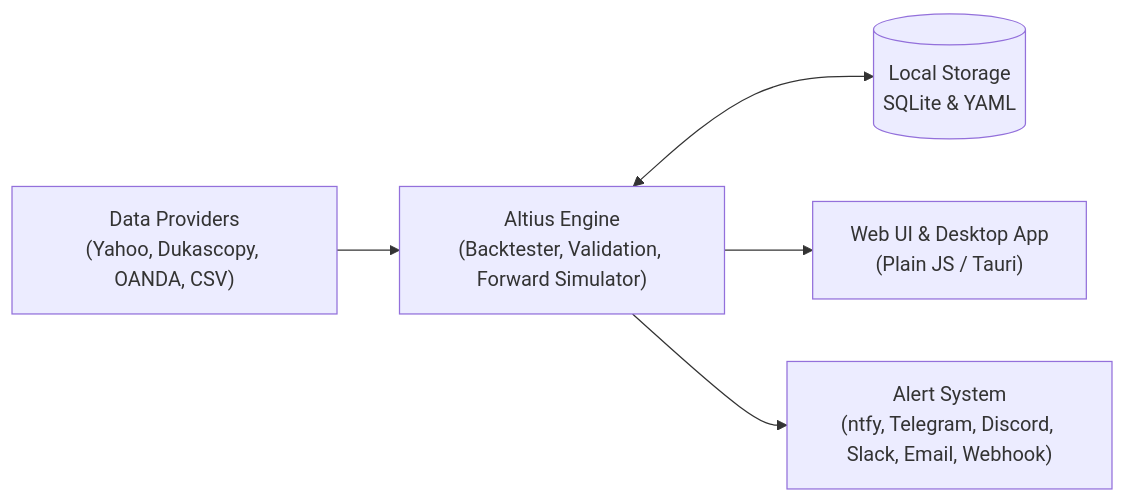
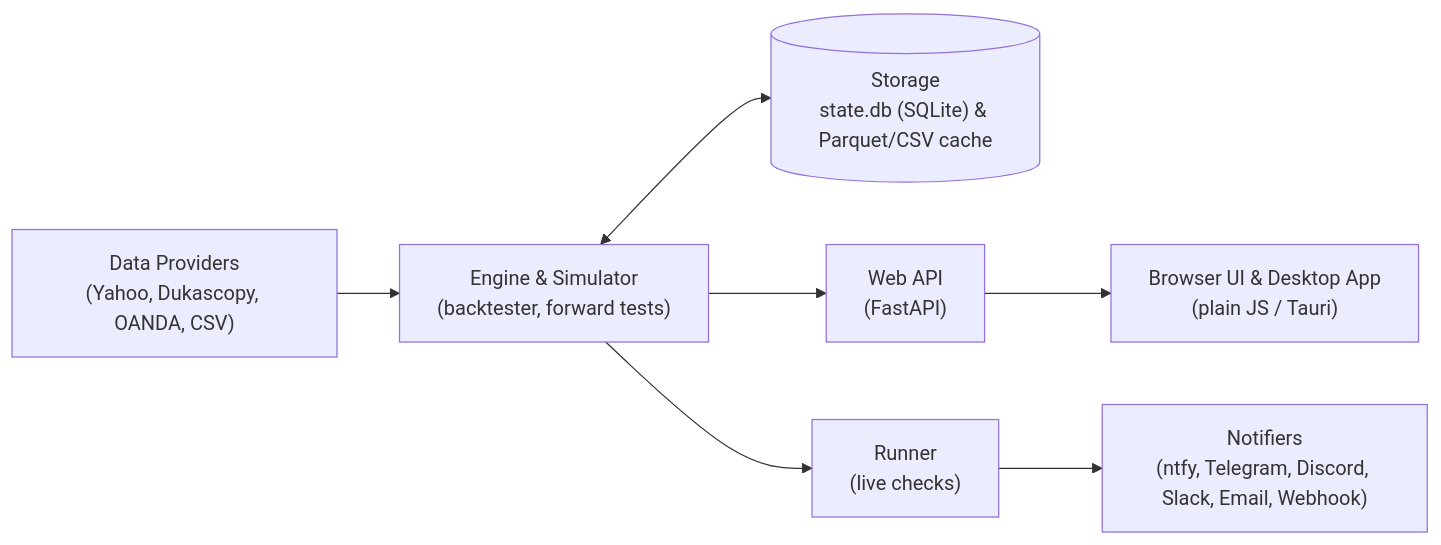
Before and after one commit to WCooper-AI/Altius: the diagram in README.md, drawn with Mermaid. The commit also changed other lines of this file and 9 other files, not shown here.

````diff
--- a/README.md
+++ b/README.md
@@ -101,7 +105,9 @@
 ```mermaid
 flowchart LR
-    D["Data Providers\n(Yahoo, Dukascopy, OANDA, CSV)"] --> E["Altius Engine\n(Backtester, Validation, Forward Simulator)"]
-    E <--> S[("Local Storage\nSQLite & YAML")]
-    E --> UI["Web UI & Desktop App\n(Plain JS / Tauri)"]
-    E --> A["Alert System\n(ntfy, Telegram, Discord, Slack, Email, Webhook)"]
+    D["Data Providers\n(Yahoo, Dukascopy, OANDA, CSV)"] --> ENG["Engine & Simulator\n(backtester, forward tests)"]
+    ENG <--> ST[("Storage\nstate.db (SQLite) & Parquet/CSV cache")]
+    ENG --> API["Web API\n(FastAPI)"]
+    API --> UI["Browser UI & Desktop App\n(plain JS / Tauri)"]
+    ENG --> RUN["Runner\n(live checks)"]
+    RUN --> NOT["Notifiers\n(ntfy, Telegram, Discord, Slack, Email, Webhook)"]
 ```
````
